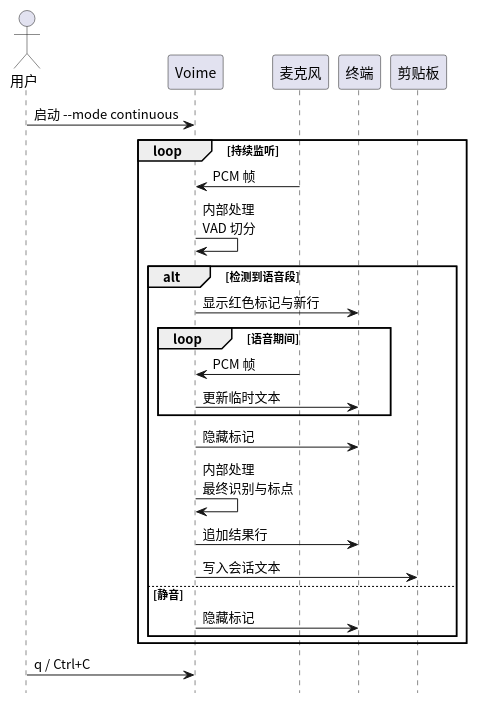
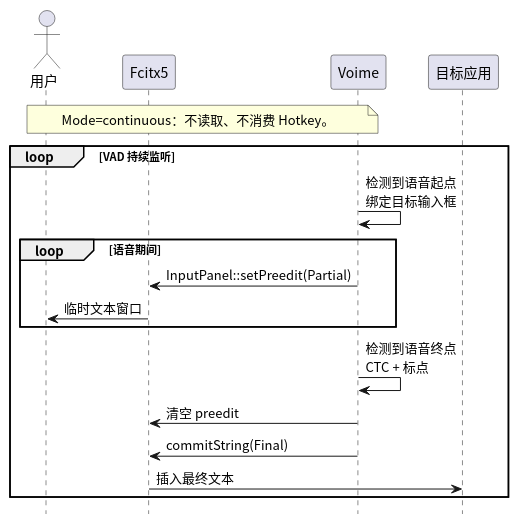
Before and after one commit to 54m43lJ/voime: the diagram in diagram/seq-continuous.puml, drawn with PlantUML. The commit also changed 24 other files, not shown here.

Commit message:
docs: 按提案落笔 Fcitx5 输入法与 CTC 文档

```diff
--- a/diagram/seq-continuous.puml
+++ b/diagram/seq-continuous.puml
@@ -1,31 +1,26 @@
 @startuml
 skinparam defaultFontName "Noto Sans CJK SC"
 skinparam shadowing false
 hide footbox
 
 actor "用户" as User
-participant "Voime" as App
-participant "麦克风" as Mic
-participant "终端" as Term
-participant "剪贴板" as Clip
+participant "Fcitx5" as Fcitx
+participant "Voime" as Voime
+participant "目标应用" as App
 
-User -> App : 启动 --mode continuous
-loop 持续监听
-  Mic -> App : PCM 帧
-  App -> App : 内部处理\nVAD 切分
-  alt 检测到语音段
-    App -> Term : 显示红色标记与新行
-    loop 语音期间
-      Mic -> App : PCM 帧
-      App -> Term : 更新临时文本
-    end
-    App -> Term : 隐藏标记
-    App -> App : 内部处理\n最终识别与标点
-    App -> Term : 追加结果行
-    App -> Clip : 写入会话文本
-  else 静音
-    App -> Term : 隐藏标记
+note over User, Voime
+  Mode=continuous：不读取、不消费 Hotkey。
+end note
+
+loop VAD 持续监听
+  Voime -> Voime : 检测到语音起点\n绑定目标输入框
+  loop 语音期间
+    Voime -> Fcitx : InputPanel::setPreedit(Partial)
+    Fcitx -> User : 临时文本窗口
   end
+  Voime -> Voime : 检测到语音终点\nCTC + 标点
+  Voime -> Fcitx : 清空 preedit
+  Voime -> Fcitx : commitString(Final)
+  Fcitx -> App : 插入最终文本
 end
-User -> App : q / Ctrl+C
 @enduml
```
